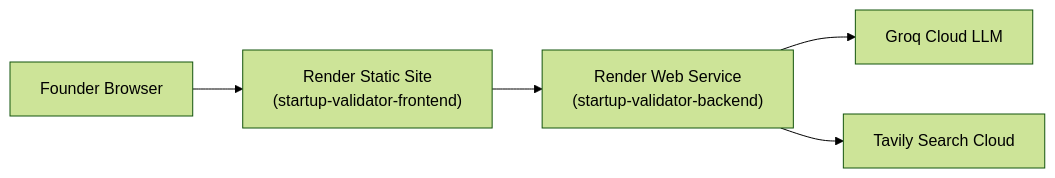
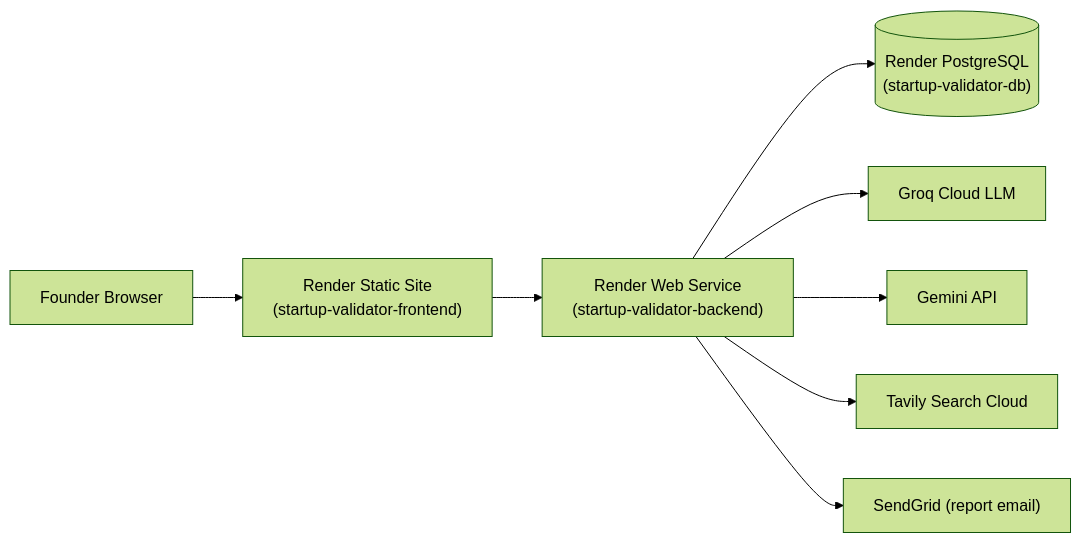
Before and after one commit to Yasaswini-ch/Development-of-AI-Based-Startup-Idea-Validator-with-Market-Analysis-Assistance: the diagram in docs/09_AFFINITY_CLOUD_DEPLOYMENT_AND_DEVOPS_RUNBOOKS.md, drawn with Mermaid (forest theme). The commit also changed other lines of this file and 25 other files, not shown here.

````diff
--- a/docs/09_AFFINITY_CLOUD_DEPLOYMENT_AND_DEVOPS_RUNBOOKS.md
+++ b/docs/09_AFFINITY_CLOUD_DEPLOYMENT_AND_DEVOPS_RUNBOOKS.md
@@ -23,7 +25,10 @@
 ```mermaid
 flowchart LR
     Client["Founder Browser"] --> Frontend["Render Static Site\n(startup-validator-frontend)"]
     Frontend --> Backend["Render Web Service\n(startup-validator-backend)"]
+    Backend --> DB[("Render PostgreSQL\n(startup-validator-db)")]
     Backend --> Groq["Groq Cloud LLM"]
+    Backend --> Gemini["Gemini API"]
     Backend --> Tavily["Tavily Search Cloud"]
+    Backend --> SendGrid["SendGrid (report email)"]
 ```
````
